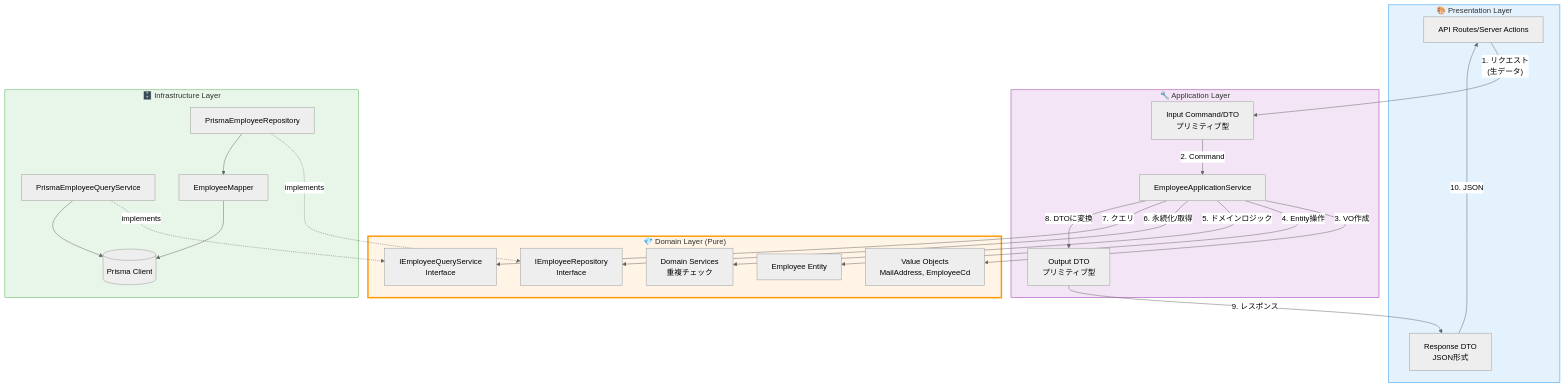
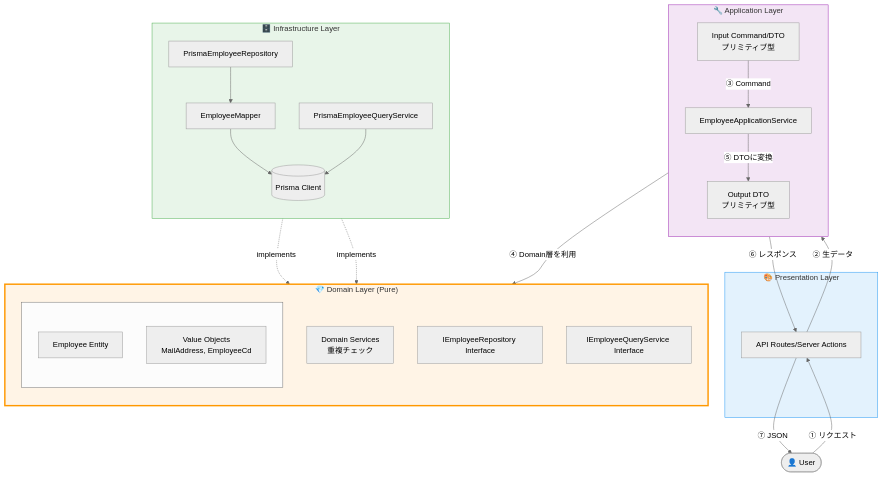
Before and after one commit to chapplehub/estimate-management-system: the first of 5 diagrams in docs/ddd-architecture-overview.md, drawn with Mermaid (neutral theme). The commit also changed other lines of this file, not shown here.

Commit message:
アーキテクチャ図修正

````diff
--- a/docs/ddd-architecture-overview.md
+++ b/docs/ddd-architecture-overview.md
@@ -19,50 +19,60 @@
 ```mermaid
-graph TB
+flowchart TB
+    User([👤 User])
+
     subgraph Presentation["🎨 Presentation Layer"]
         API[API Routes/Server Actions]
-        ResponseDTO[Response DTO<br/>JSON形式]
     end
 
     subgraph Application["🔧 Application Layer"]
+        direction TB
+        InputDTO[Input Command/DTO<br/>プリミティブ型]
         AppService[EmployeeApplicationService]
-        InputDTO[Input Command/DTO<br/>プリミティブ型]
         OutputDTO[Output DTO<br/>プリミティブ型]
     end
 
     subgraph Domain["💎 Domain Layer (Pure)"]
-        Entity[Employee Entity]
-        VO[Value Objects<br/>MailAddress, EmployeeCd]
+        direction TB
+        subgraph EntityGroup[" "]
+            direction TB
+            Entity[Employee Entity]
+            VO[Value Objects<br/>MailAddress, EmployeeCd]
+        end
         DomainService[Domain Services<br/>重複チェック]
-        IRepo[IEmployeeRepository<br/>Interface]
-        IQuery[IEmployeeQueryService<br/>Interface]
+        IRepo[IEmployeeRepository Interface]
+        IQuery[IEmployeeQueryService Interface]
     end
 
     subgraph Infrastructure["🗄️ Infrastructure Layer"]
+        direction TB
         Repo[PrismaEmployeeRepository]
         QueryService[PrismaEmployeeQueryService]
         Mapper[EmployeeMapper]
         Prisma[(Prisma Client)]
     end
 
-    API -->|"1. リクエスト<br/>(生データ)"| InputDTO
-    InputDTO -->|"2. Command"| AppService
-    AppService -->|"3. VO作成"| VO
-    AppService -->|"4. Entity操作"| Entity
-    AppService -->|"5. ドメインロジック"| DomainService
-    AppService -->|"6. 永続化/取得"| IRepo
-    AppService -->|"7. クエリ"| IQuery
-    AppService -->|"8. DTOに変換"| OutputDTO
-    OutputDTO -->|"9. レスポンス"| ResponseDTO
-    ResponseDTO -->|"10. JSON"| API
+    %% データの流れ（上から下）
+    User -->|"① リクエスト"| API
+    API -->|"② 生データ"| InputDTO
+    InputDTO -->|"③ Command"| AppService
+    AppService -->|"④ Domain層を利用"| EntityGroup
 
+    %% Infrastructure層の実装関係（下から上への点線）
     Repo -.implements.-> IRepo
     QueryService -.implements.-> IQuery
+
+    %% Infrastructure層内の依存
     Repo --> Mapper
+    Mapper --> Prisma
     QueryService --> Prisma
-    Mapper --> Prisma
+
+    %% レスポンスの流れ（下から上）
+    AppService -->|"⑤ DTOに変換"| OutputDTO
+    OutputDTO -->|"⑥ レスポンス"| API
+    API -->|"⑦ JSON"| User
 
     style Domain fill:#fff4e6,stroke:#ff9800,stroke-width:3px
     style Presentation fill:#e3f2fd,stroke:#2196f3
     style Application fill:#f3e5f5,stroke:#9c27b0
     style Infrastructure fill:#e8f5e9,stroke:#4caf50
 ```
````
